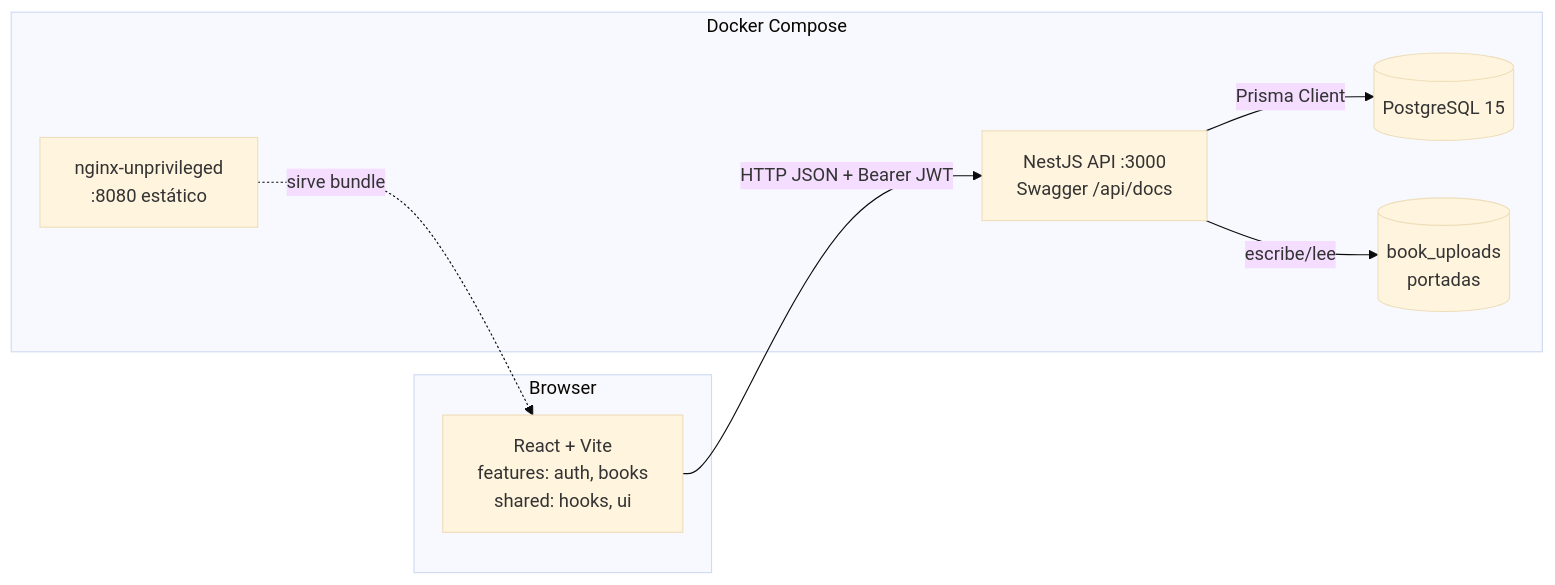
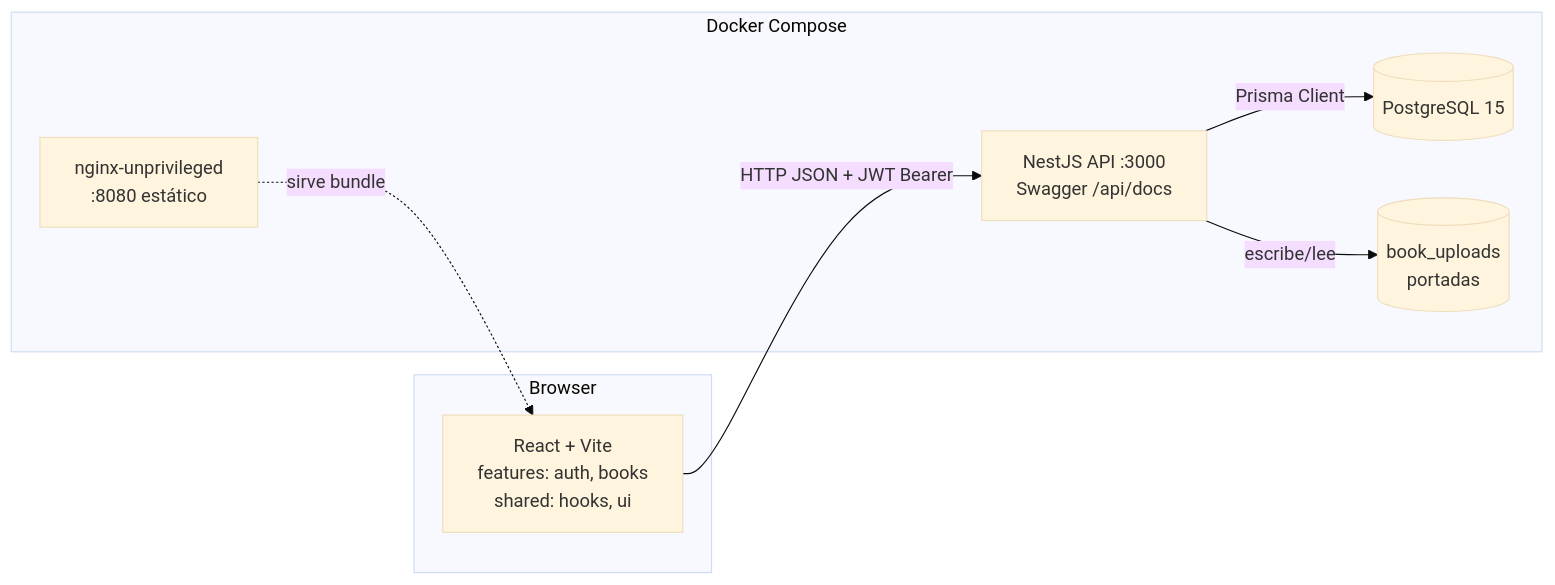
One commit to Djpu94/cmcp-libros changed the first of 2 diagrams in README.md. Above: the diagram before and after it, drawn with Mermaid (base theme). The commit also changed other lines of this file, not shown here.

````diff
--- a/README.md
+++ b/README.md
@@ -109,16 +128,16 @@
 ```mermaid
 flowchart LR
   subgraph Browser
     FE[React + Vite<br/>features: auth, books<br/>shared: hooks, ui]
   end
   subgraph Docker Compose
     WEB[nginx-unprivileged<br/>:8080 estático]
     API[NestJS API :3000<br/>Swagger /api/docs]
     DB[(PostgreSQL 15)]
     VOL[(book_uploads<br/>portadas)]
   end
-  FE -- "HTTP JSON + Bearer JWT" --> API
+  FE -- "HTTP JSON + JWT Bearer" --> API
   WEB -. sirve bundle .-> FE
   API -- Prisma Client --> DB
   API -- escribe/lee --> VOL
 ```
````
